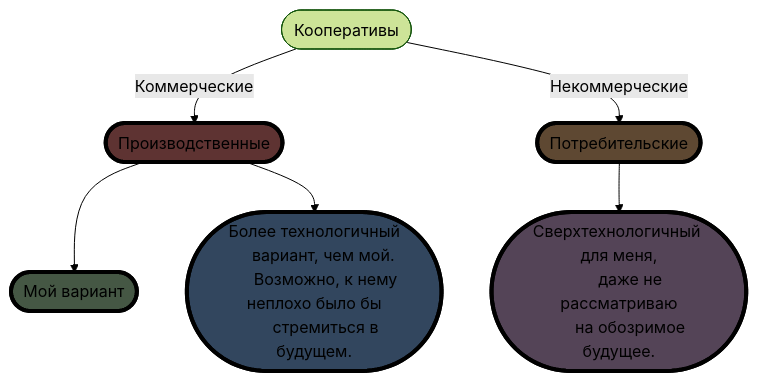
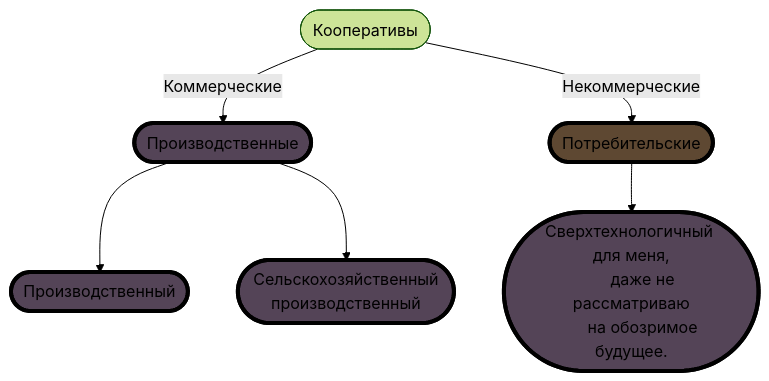
One commit to ufrs12/Coops changed the diagram in README.md. Above: the diagram before and after it, drawn with Mermaid (forest theme).

````diff
--- a/README.md
+++ b/README.md
@@ -7,29 +7,29 @@
 ```mermaid
 graph TD;
 classDef class1 fill:#544457, stroke:#000, stroke-width:4px
 classDef class2 fill:#32465e, stroke:#000, stroke-width:4px
 classDef class3 fill:#455744, stroke:#000, stroke-width:4px
 classDef class4 fill:#5e4832, stroke:#000, stroke-width:4px
 classDef class5 fill:#5e3332, stroke:#000, stroke-width:4px
 
    
     A([Кооперативы])
-    B([Производственные]):::class5
+    B([Производственные]):::class1
     C([Потребительские]):::class4
-    D([Мой вариант]):::class3
-    E([Более технологичный
-      вариант, чем мой.  
-      Возможно, к нему неплохо было бы
-      стремиться в будущем.]):::class2
+    D([Производственный]):::class1
+    E([Сельскохозяйственный
+      производственный]):::class1
     F([Сверхтехнологичный для меня,
       даже не рассматриваю
       на обозримое будущее.]):::class1
 
     A-->|Коммерческие| B;
     A-->|Некоммерческие|C;
     B-->D;
     B-->E;
     C-->F;
    click B "https://www.zakonrf.info/gk/106.1/";
    click C "https://www.zakonrf.info/gk/123.2/";
+   click D "https://www.zakonrf.info/doc-15088991/";
+   click E "https://www.zakonrf.info/doc-13529718/";
 ```
````
